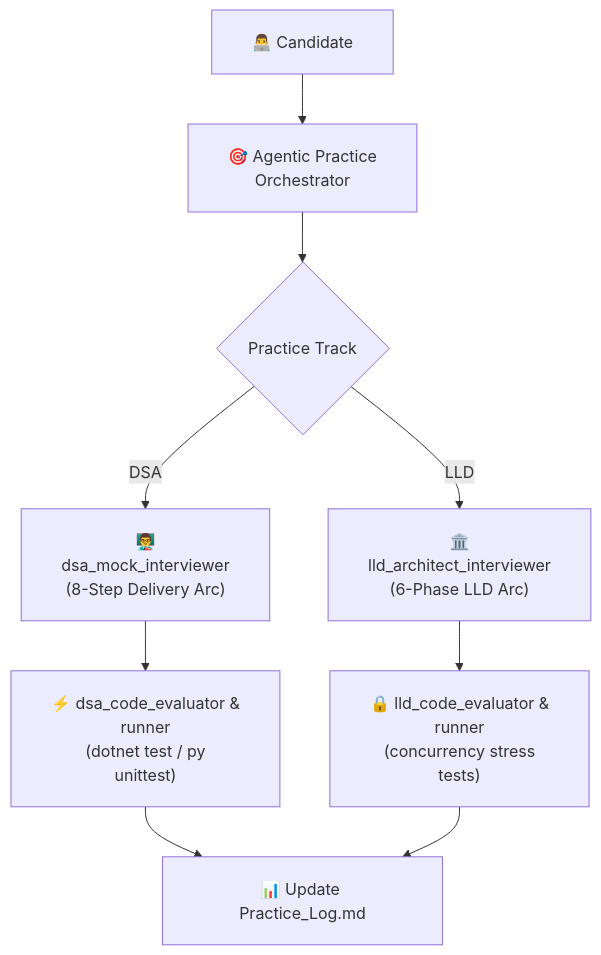
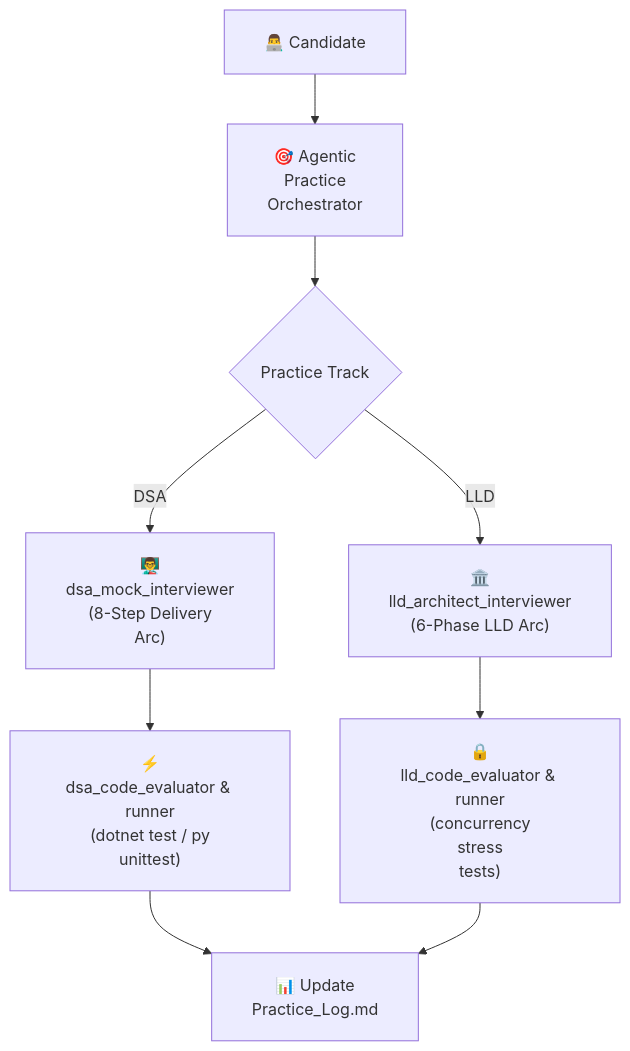
Before and after one commit to dip4k/DSA_102: the diagram in .agents/agents/README.md, drawn with Mermaid. The commit also changed 106 other files, not shown here.

First line of the commit message:
fix(mermaid): prevent text clipping with foreignObject overflow and tighter line wrapping

````diff
--- a/.agents/agents/README.md
+++ b/.agents/agents/README.md
@@ -21,15 +21,15 @@
 ```mermaid
-%%{init: {"flowchart": {"htmlLabels": true, "padding": 20}}}%%
+%%{init: {"flowchart": {"htmlLabels": true, "padding": 20}, "themeCSS": "foreignObject { overflow: visible !important; }"}}%%
 flowchart TD
-    User["👨‍💻 Candidate"] --> Orchestrator["🎯 Agentic Practice<br/>Orchestrator"]
+    User["👨‍💻 Candidate"] --> Orchestrator["🎯 Agentic<br/>Practice<br/>Orchestrator"]
     Orchestrator --> Mode{"Practice Track"}
 
-    Mode -->|"DSA"| DSA_Coach["👨‍🏫<br/>dsa_mock_interviewer<br/>(8-Step Delivery Arc)"]
+    Mode -->|"DSA"| DSA_Coach["👨‍🏫<br/>dsa_mock_interviewer<br/>(8-Step Delivery<br/>Arc)"]
     Mode -->|"LLD"| LLD_Coach["🏛️<br/>lld_architect_interviewer<br/>(6-Phase LLD Arc)"]
 
-    DSA_Coach --> DSA_Eval["⚡ dsa_code_evaluator &<br/>runner<br/>(dotnet test / py<br/>unittest)"]
-    LLD_Coach --> LLD_Eval["🔒 lld_code_evaluator &<br/>runner<br/>(concurrency stress<br/>tests)"]
+    DSA_Coach --> DSA_Eval["⚡<br/>dsa_code_evaluator & runner<br/>(dotnet test / py<br/>unittest)"]
+    LLD_Coach --> LLD_Eval["🔒<br/>lld_code_evaluator & runner<br/>(concurrency<br/>stress<br/>tests)"]
 
-    DSA_Eval --> Log["📊 Update Practice_Log.md"]
+    DSA_Eval --> Log["📊 Update<br/>Practice_Log.md"]
     LLD_Eval --> Log
 ```
````
